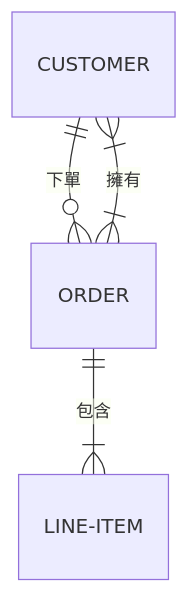
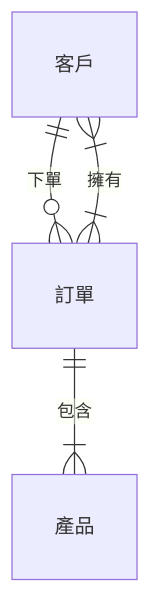
Before and after one commit to JingWangTW/dark-theme-editor: the seventh of 7 diagrams in content/features/mermaid/index.zh.md, drawn with Mermaid. The commit also changed other lines of this file and 2 other files, not shown here.

Commit message:
Fix the Mermaid syntax error in demo page features/mermaid

````diff
--- a/content/features/mermaid/index.zh.md
+++ b/content/features/mermaid/index.zh.md
@@ -107,6 +107,6 @@
 ```mermaid
 erDiagram
-  CUSTOMER ||--o{ ORDER : 下單
-  ORDER ||--|{ LINE-ITEM : 包含
-  CUSTOMER }| -- |{ ORDER : 擁有
+  "客戶" ||--o{ "訂單" : "下單"
+  "訂單" ||--|{ "產品" : "包含"
+  "客戶" }| -- |{ "訂單" : "擁有"
 ```
````
